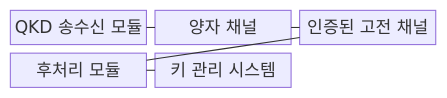
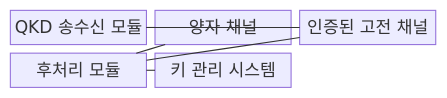
One commit to agnusdei1207/knowledge-base changed the first of 2 diagrams in src/content/docs/notes/05-security/014_quantum_key_distribution.md. Above: the diagram before and after it, drawn with Mermaid. The commit also changed other lines of this file and 20 other files, not shown here.

````diff
--- a/src/content/docs/notes/05-security/014_quantum_key_distribution.md
+++ b/src/content/docs/notes/05-security/014_quantum_key_distribution.md
@@ -63,13 +63,14 @@
 ```mermaid
 block-beta
     columns 3
     S["QKD 송수신 모듈"]
     Q["양자 채널"]
     C["인증된 고전 채널"]
     P["후처리 모듈"]
     K["키 관리 시스템"]
     S --- Q
-    Q --- C
+    S --- C
+    Q --- P
     C --- P
     P --- K
 ```
````
